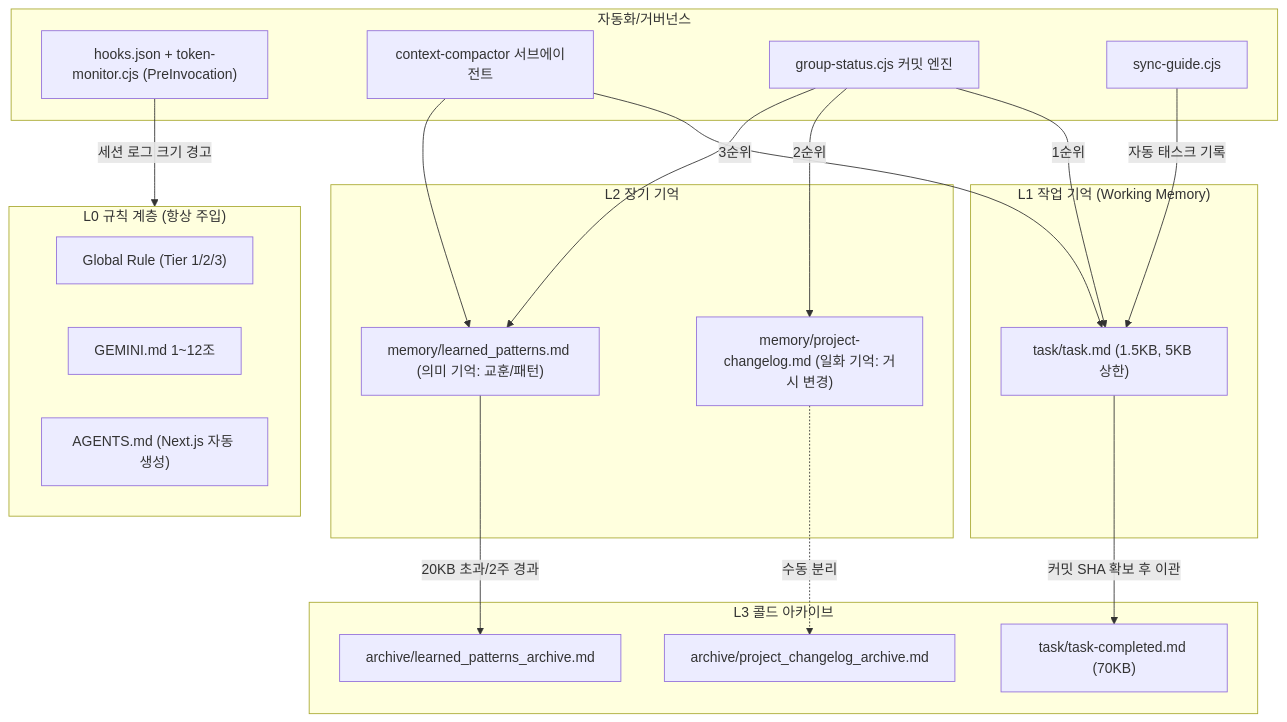
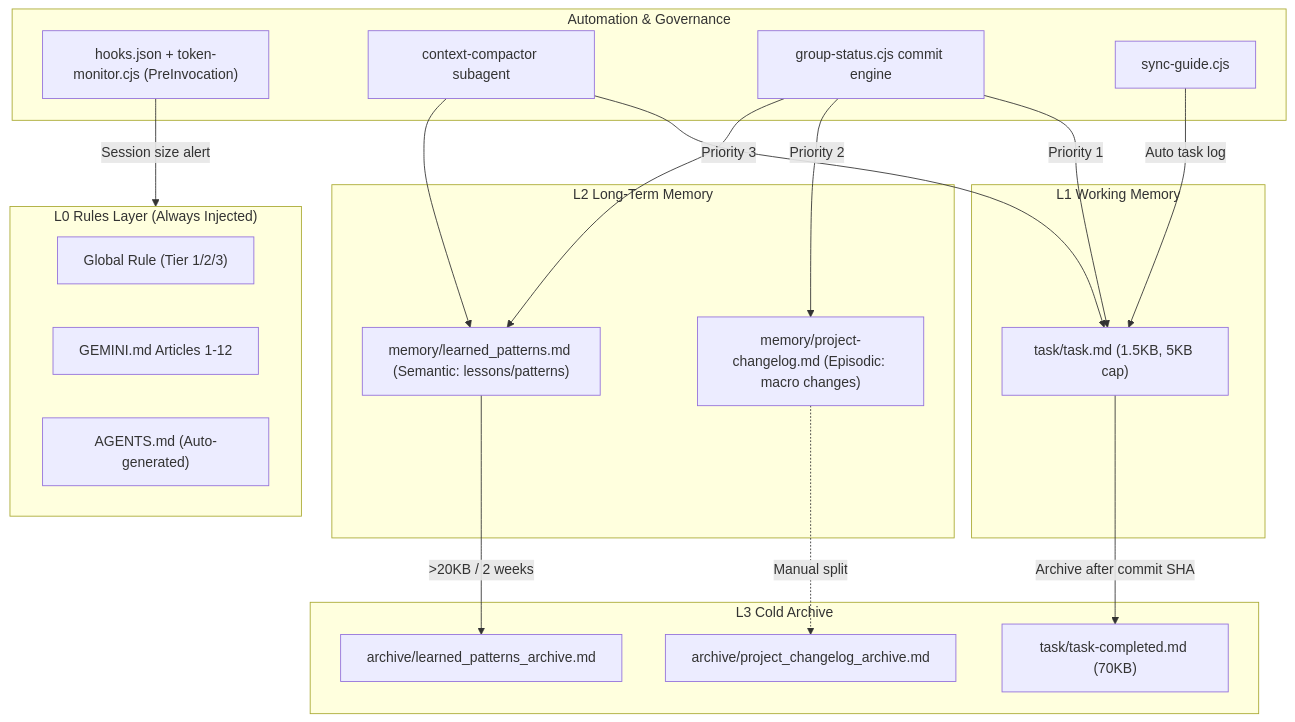
The diagram in docs/agent-context-memory-analysis.md (RockBeider/agent-context-memory), drawn with Mermaid before and after one commit. The commit also changed other lines of this file and 75 other files, not shown here.

````diff
--- a/docs/agent-context-memory-analysis.md
+++ b/docs/agent-context-memory-analysis.md
@@ -9,35 +9,35 @@
 ```mermaid
 flowchart TB
-  subgraph L0["L0 규칙 계층 (항상 주입)"]
+  subgraph L0["L0 Rules Layer (Always Injected)"]
     G["Global Rule (Tier 1/2/3)"]
-    P["GEMINI.md 1~12조"]
-    A["AGENTS.md (Next.js 자동 생성)"]
+    P["GEMINI.md Articles 1-12"]
+    A["AGENTS.md (Auto-generated)"]
   end
-  subgraph L1["L1 작업 기억 (Working Memory)"]
-    T["task/task.md (1.5KB, 5KB 상한)"]
+  subgraph L1["L1 Working Memory"]
+    T["task/task.md (1.5KB, 5KB cap)"]
   end
-  subgraph L2["L2 장기 기억"]
-    LP["memory/learned_patterns.md (의미 기억: 교훈/패턴)"]
-    CL["memory/project-changelog.md (일화 기억: 거시 변경)"]
+  subgraph L2["L2 Long-Term Memory"]
+    LP["memory/learned_patterns.md (Semantic: lessons/patterns)"]
+    CL["memory/project-changelog.md (Episodic: macro changes)"]
   end
-  subgraph L3["L3 콜드 아카이브"]
+  subgraph L3["L3 Cold Archive"]
     TC["task/task-completed.md (70KB)"]
     LPA["archive/learned_patterns_archive.md"]
     CLA["archive/project_changelog_archive.md"]
   end
-  subgraph AUTO["자동화/거버넌스"]
+  subgraph AUTO["Automation & Governance"]
     H["hooks.json + token-monitor.cjs (PreInvocation)"]
-    CC["context-compactor 서브에이전트"]
-    GS["group-status.cjs 커밋 엔진"]
+    CC["context-compactor subagent"]
+    GS["group-status.cjs commit engine"]
     SG["sync-guide.cjs"]
   end
-  T -- "커밋 SHA 확보 후 이관" --> TC
-  LP -- "20KB 초과/2주 경과" --> LPA
-  CL -. "수동 분리" .-> CLA
+  T -- "Archive after commit SHA" --> TC
+  LP -- ">20KB / 2 weeks" --> LPA
+  CL -. "Manual split" .-> CLA
   CC --> T & LP
-  GS -- "1순위" --> T
-  GS -- "2순위" --> CL
-  GS -- "3순위" --> LP
-  SG -- "자동 태스크 기록" --> T
-  H -- "세션 로그 크기 경고" --> L0
+  GS -- "Priority 1" --> T
+  GS -- "Priority 2" --> CL
+  GS -- "Priority 3" --> LP
+  SG -- "Auto task log" --> T
+  H -- "Session size alert" --> L0
 ```
````
